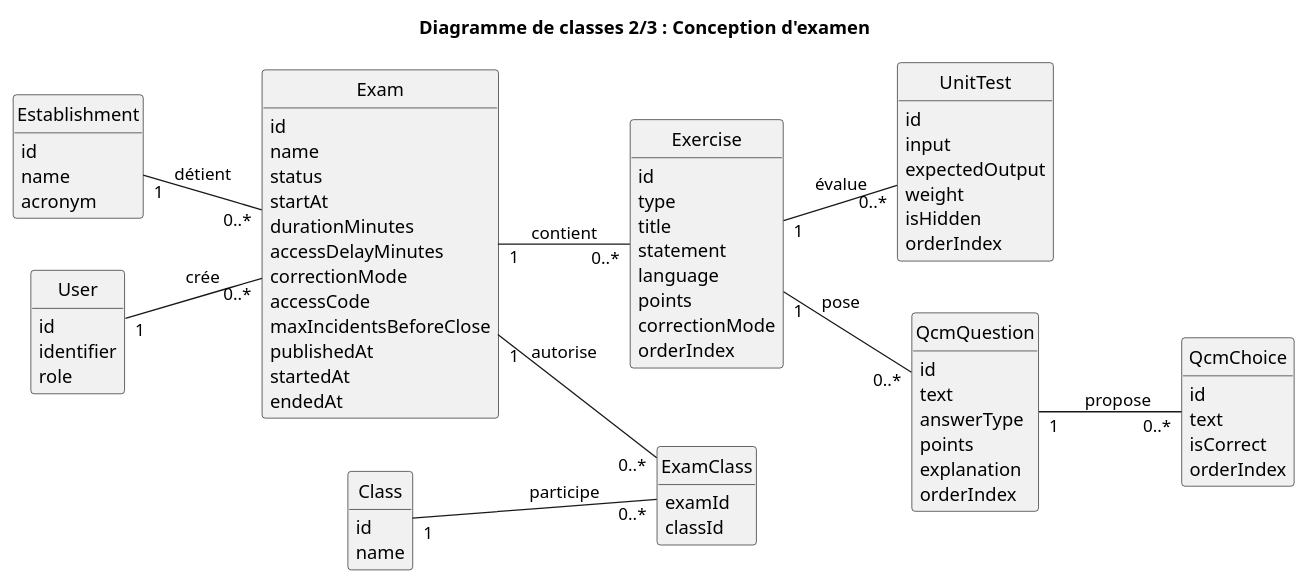
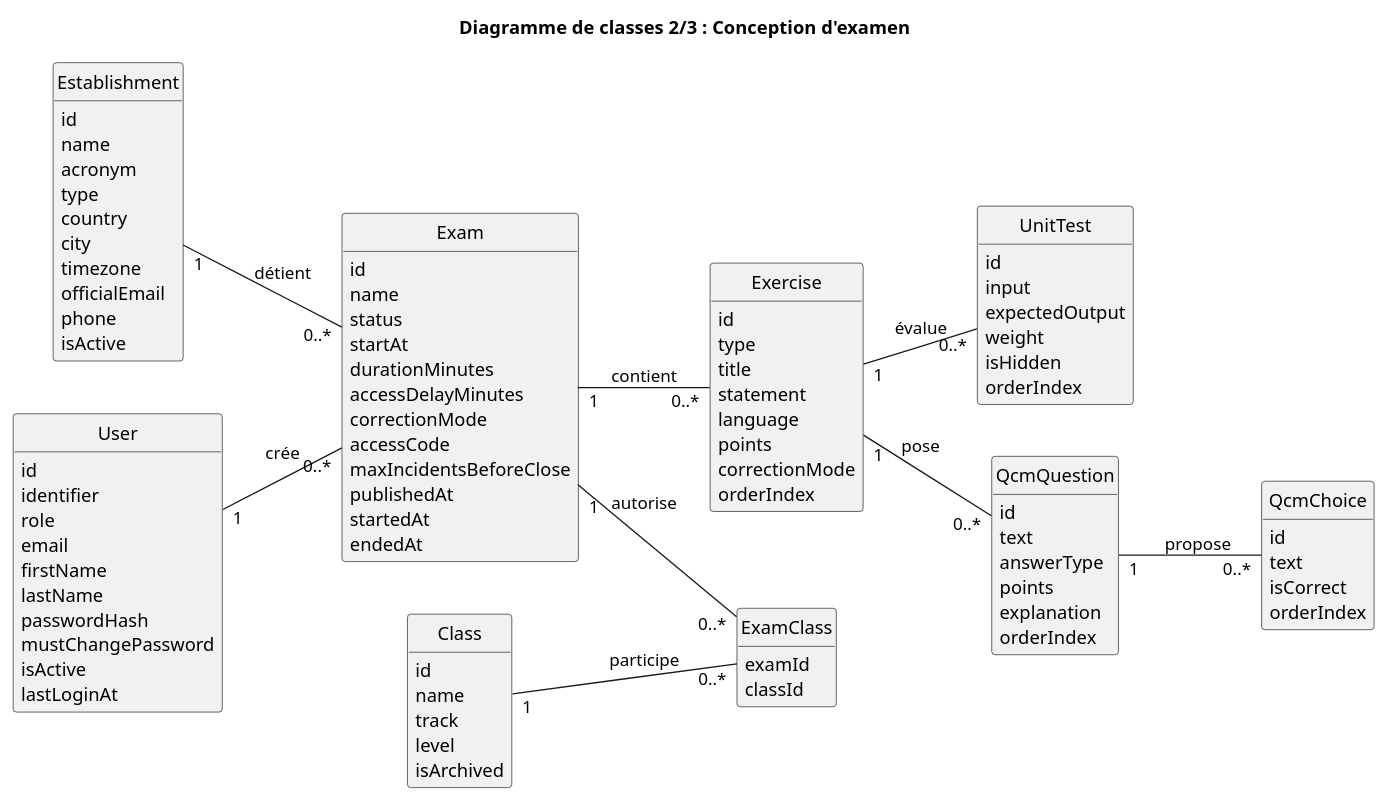
Before and after one commit to progirix/cylentic: the diagram in docs/diagrammes/05b1_classes_conception_examen.puml, drawn with PlantUML.

Commit message:
Rétablit tous les attributs complets dans le diagramme 2/3

```diff
--- a/docs/diagrammes/05b1_classes_conception_examen.puml
+++ b/docs/diagrammes/05b1_classes_conception_examen.puml
@@ -1,94 +1,111 @@
 @startuml
 left to right direction
 skinparam shadowing false
 skinparam classAttributeIconSize 0
 skinparam nodesep 40
 skinparam ranksep 45
 hide empty methods
 hide circle
 
 title Diagramme de classes 2/3 : Conception d'examen
 
 class Establishment {
   id
   name
   acronym
+  type
+  country
+  city
+  timezone
+  officialEmail
+  phone
+  isActive
 }
 
 class User {
   id
   identifier
   role
+  email
+  firstName
+  lastName
+  passwordHash
+  mustChangePassword
+  isActive
+  lastLoginAt
 }
 
 class Class {
   id
   name
+  track
+  level
+  isArchived
 }
 
 class Exam {
   id
   name
   status
   startAt
   durationMinutes
   accessDelayMinutes
   correctionMode
   accessCode
   maxIncidentsBeforeClose
   publishedAt
   startedAt
   endedAt
 }
 
 class ExamClass {
   examId
   classId
 }
 
 class Exercise {
   id
   type
   title
   statement
   language
   points
   correctionMode
   orderIndex
 }
 
 class UnitTest {
   id
   input
   expectedOutput
   weight
   isHidden
   orderIndex
 }
 
 class QcmQuestion {
   id
   text
   answerType
   points
   explanation
   orderIndex
 }
 
 class QcmChoice {
   id
   text
   isCorrect
   orderIndex
 }
 
 Establishment "1" -- "0..*" Exam : "détient"
 User "1" -- "0..*" Exam : "crée"
 Exam "1" -- "0..*" ExamClass : "autorise"
 Class "1" -- "0..*" ExamClass : "participe"
 Exam "1" -- "0..*" Exercise : "contient"
 Exercise "1" -- "0..*" UnitTest : "évalue"
 Exercise "1" -- "0..*" QcmQuestion : "pose"
 QcmQuestion "1" -- "0..*" QcmChoice : "propose"
 
 @enduml
```
